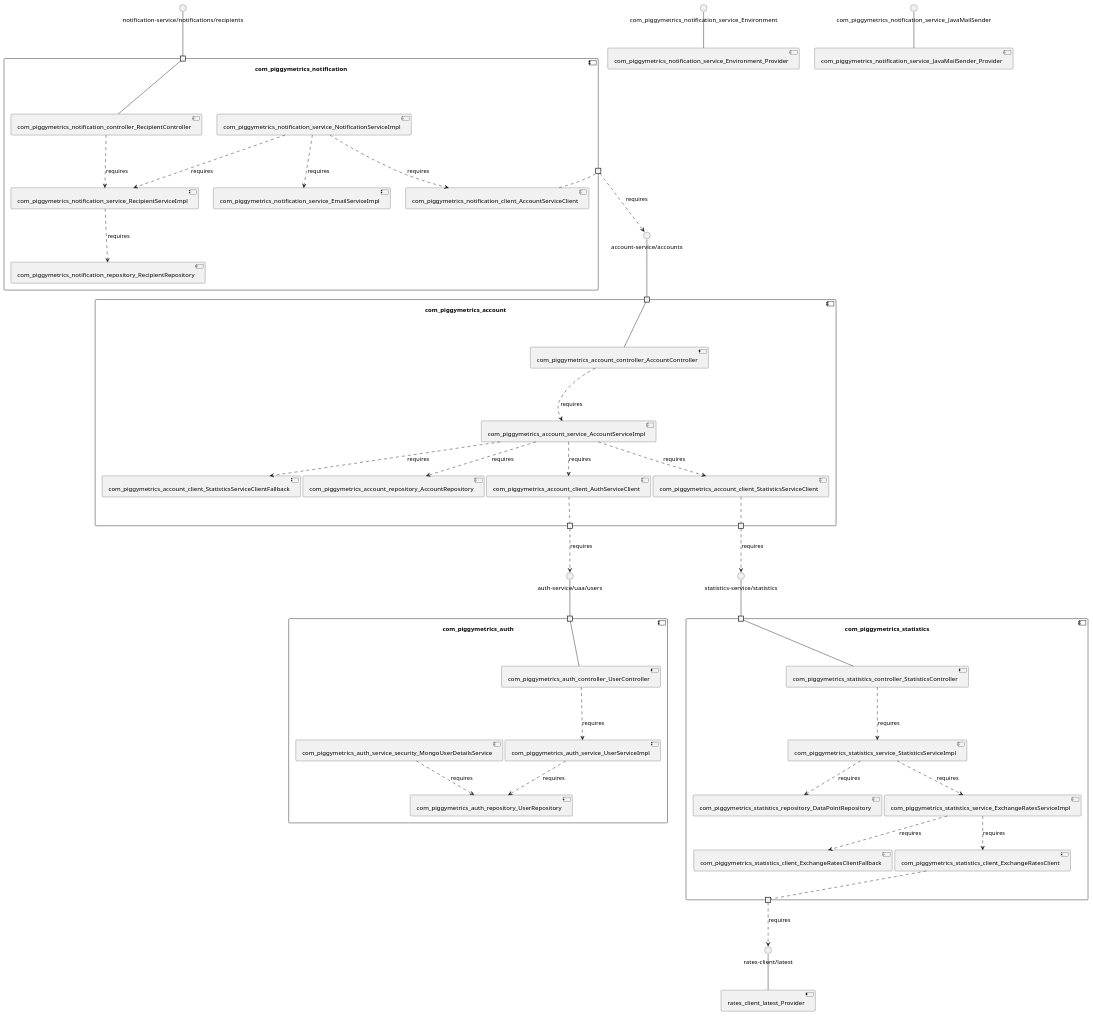
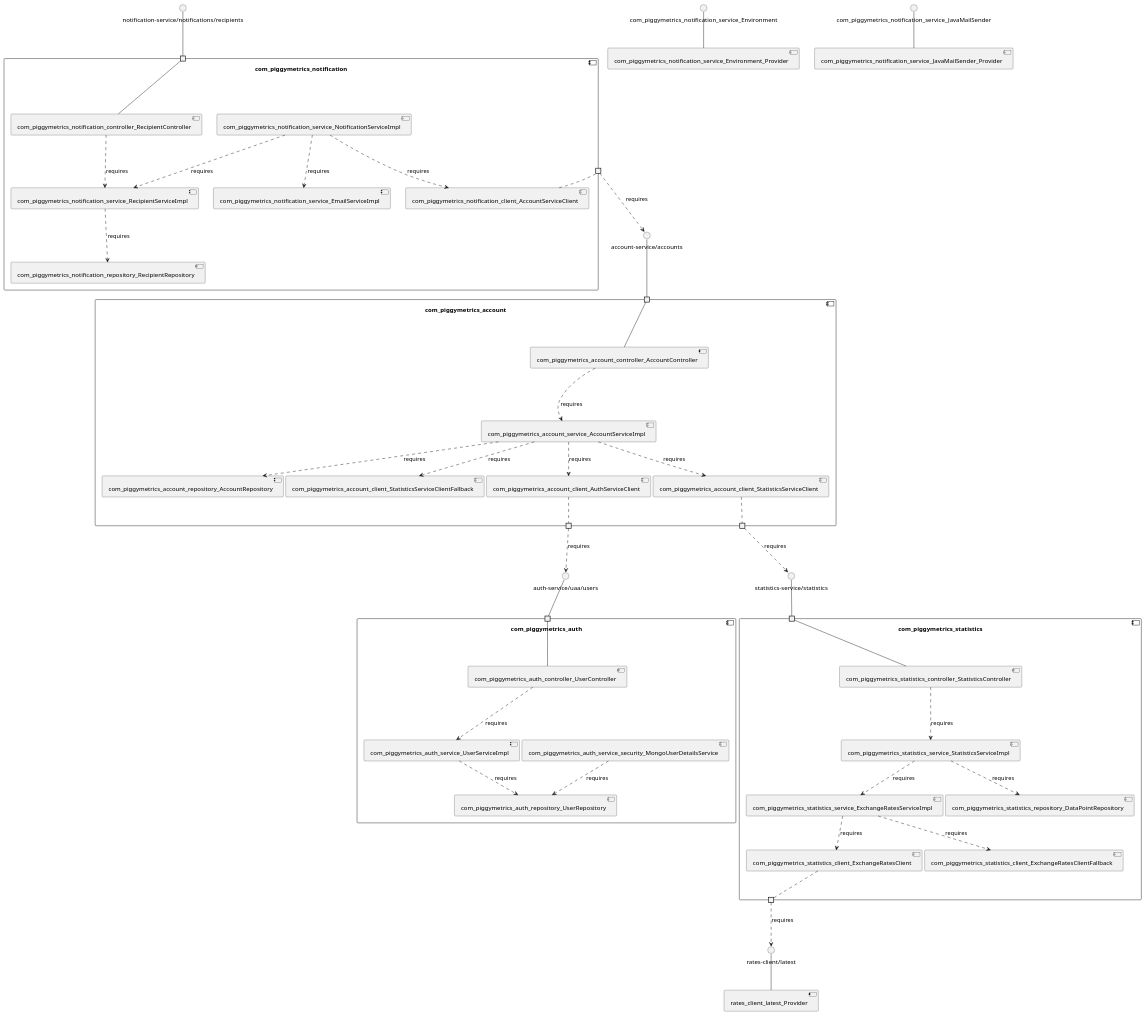
Before and after one commit to MSt-10/Palladio-ReverseEngineering-Benchmark: the diagram in sqshq-piggymetrics/model_re/uml/componentDiagram.puml, drawn with PlantUML. The commit also changed other lines of this file and 282 other files, not shown here.

```diff
--- a/sqshq-piggymetrics/model_re/uml/componentDiagram.puml
+++ b/sqshq-piggymetrics/model_re/uml/componentDiagram.puml
@@ -1,91 +1,91 @@
 @startuml
 skinparam fixCircleLabelOverlapping true
 skinparam componentStyle uml2
 component "com_piggymetrics_account\n\n\n\n\n\n" {
 [com_piggymetrics_account_client_StatisticsServiceClient]
+[com_piggymetrics_account_client_AuthServiceClient]
+[com_piggymetrics_account_repository_AccountRepository]
 [com_piggymetrics_account_client_StatisticsServiceClientFallback]
 [com_piggymetrics_account_controller_AccountController]
-[com_piggymetrics_account_repository_AccountRepository]
-[com_piggymetrics_account_client_AuthServiceClient]
 [com_piggymetrics_account_service_AccountServiceImpl]
 portin " " as com_piggymetrics_account_requires_account_service_accounts
 portout " " as com_piggymetrics_account_provides_auth_service_uaa_users
 portout " " as com_piggymetrics_account_provides_statistics_service_statistics
-[com_piggymetrics_account_controller_AccountController]..>[com_piggymetrics_account_service_AccountServiceImpl] : requires
 [com_piggymetrics_account_service_AccountServiceImpl]..>[com_piggymetrics_account_client_StatisticsServiceClient] : requires
 [com_piggymetrics_account_service_AccountServiceImpl]..>[com_piggymetrics_account_client_AuthServiceClient] : requires
+[com_piggymetrics_account_service_AccountServiceImpl]..>[com_piggymetrics_account_repository_AccountRepository] : requires
 [com_piggymetrics_account_service_AccountServiceImpl]..>[com_piggymetrics_account_client_StatisticsServiceClientFallback] : requires
-[com_piggymetrics_account_service_AccountServiceImpl]..>[com_piggymetrics_account_repository_AccountRepository] : requires
+[com_piggymetrics_account_controller_AccountController]..>[com_piggymetrics_account_service_AccountServiceImpl] : requires
 "com_piggymetrics_account_requires_account_service_accounts"--[com_piggymetrics_account_controller_AccountController]
 [com_piggymetrics_account_client_StatisticsServiceClient].."com_piggymetrics_account_provides_statistics_service_statistics"
 [com_piggymetrics_account_client_AuthServiceClient].."com_piggymetrics_account_provides_auth_service_uaa_users"
 }
 interface "account-service/accounts" as interface.account_service_accounts
 interface.account_service_accounts--"com_piggymetrics_account_requires_account_service_accounts"
 interface "auth-service/uaa/users" as interface.auth_service_uaa_users
 "com_piggymetrics_account_provides_auth_service_uaa_users"..>interface.auth_service_uaa_users : requires
 interface "statistics-service/statistics" as interface.statistics_service_statistics
 "com_piggymetrics_account_provides_statistics_service_statistics"..>interface.statistics_service_statistics : requires
 component "com_piggymetrics_auth\n\n\n\n\n\n" {
 [com_piggymetrics_auth_service_security_MongoUserDetailsService]
+[com_piggymetrics_auth_controller_UserController]
 [com_piggymetrics_auth_repository_UserRepository]
 [com_piggymetrics_auth_service_UserServiceImpl]
-[com_piggymetrics_auth_controller_UserController]
 portin " " as com_piggymetrics_auth_requires_auth_service_uaa_users
+[com_piggymetrics_auth_service_security_MongoUserDetailsService]..>[com_piggymetrics_auth_repository_UserRepository] : requires
 [com_piggymetrics_auth_service_UserServiceImpl]..>[com_piggymetrics_auth_repository_UserRepository] : requires
-[com_piggymetrics_auth_service_security_MongoUserDetailsService]..>[com_piggymetrics_auth_repository_UserRepository] : requires
 [com_piggymetrics_auth_controller_UserController]..>[com_piggymetrics_auth_service_UserServiceImpl] : requires
 "com_piggymetrics_auth_requires_auth_service_uaa_users"--[com_piggymetrics_auth_controller_UserController]
 }
 interface "auth-service/uaa/users" as interface.auth_service_uaa_users
 interface.auth_service_uaa_users--"com_piggymetrics_auth_requires_auth_service_uaa_users"
 component "com_piggymetrics_notification\n\n\n\n\n\n" {
+[com_piggymetrics_notification_service_EmailServiceImpl]
+[com_piggymetrics_notification_repository_RecipientRepository]
 [com_piggymetrics_notification_service_RecipientServiceImpl]
+[com_piggymetrics_notification_client_AccountServiceClient]
 [com_piggymetrics_notification_service_NotificationServiceImpl]
 [com_piggymetrics_notification_controller_RecipientController]
-[com_piggymetrics_notification_service_EmailServiceImpl]
-[com_piggymetrics_notification_repository_RecipientRepository]
-[com_piggymetrics_notification_client_AccountServiceClient]
 portin " " as com_piggymetrics_notification_requires_notification_service_notifications_recipients
 portout " " as com_piggymetrics_notification_provides_account_service_accounts
+[com_piggymetrics_notification_service_NotificationServiceImpl]..>[com_piggymetrics_notification_client_AccountServiceClient] : requires
+[com_piggymetrics_notification_service_NotificationServiceImpl]..>[com_piggymetrics_notification_service_EmailServiceImpl] : requires
 [com_piggymetrics_notification_service_NotificationServiceImpl]..>[com_piggymetrics_notification_service_RecipientServiceImpl] : requires
 [com_piggymetrics_notification_controller_RecipientController]..>[com_piggymetrics_notification_service_RecipientServiceImpl] : requires
-[com_piggymetrics_notification_service_NotificationServiceImpl]..>[com_piggymetrics_notification_service_EmailServiceImpl] : requires
 [com_piggymetrics_notification_service_RecipientServiceImpl]..>[com_piggymetrics_notification_repository_RecipientRepository] : requires
-[com_piggymetrics_notification_service_NotificationServiceImpl]..>[com_piggymetrics_notification_client_AccountServiceClient] : requires
 "com_piggymetrics_notification_requires_notification_service_notifications_recipients"--[com_piggymetrics_notification_controller_RecipientController]
 [com_piggymetrics_notification_client_AccountServiceClient].."com_piggymetrics_notification_provides_account_service_accounts"
 }
 interface "notification-service/notifications/recipients" as interface.notification_service_notifications_recipients
 interface.notification_service_notifications_recipients--"com_piggymetrics_notification_requires_notification_service_notifications_recipients"
 interface "account-service/accounts" as interface.account_service_accounts
 "com_piggymetrics_notification_provides_account_service_accounts"..>interface.account_service_accounts : requires
 component "com_piggymetrics_statistics\n\n\n\n\n\n" {
 [com_piggymetrics_statistics_client_ExchangeRatesClient]
 [com_piggymetrics_statistics_service_ExchangeRatesServiceImpl]
+[com_piggymetrics_statistics_controller_StatisticsController]
+[com_piggymetrics_statistics_service_StatisticsServiceImpl]
 [com_piggymetrics_statistics_client_ExchangeRatesClientFallback]
-[com_piggymetrics_statistics_service_StatisticsServiceImpl]
-[com_piggymetrics_statistics_controller_StatisticsController]
 [com_piggymetrics_statistics_repository_DataPointRepository]
 portin " " as com_piggymetrics_statistics_requires_statistics_service_statistics
 portout " " as com_piggymetrics_statistics_provides_rates_client_latest
 [com_piggymetrics_statistics_service_ExchangeRatesServiceImpl]..>[com_piggymetrics_statistics_client_ExchangeRatesClientFallback] : requires
 [com_piggymetrics_statistics_service_ExchangeRatesServiceImpl]..>[com_piggymetrics_statistics_client_ExchangeRatesClient] : requires
 [com_piggymetrics_statistics_controller_StatisticsController]..>[com_piggymetrics_statistics_service_StatisticsServiceImpl] : requires
 [com_piggymetrics_statistics_service_StatisticsServiceImpl]..>[com_piggymetrics_statistics_repository_DataPointRepository] : requires
 [com_piggymetrics_statistics_service_StatisticsServiceImpl]..>[com_piggymetrics_statistics_service_ExchangeRatesServiceImpl] : requires
 "com_piggymetrics_statistics_requires_statistics_service_statistics"--[com_piggymetrics_statistics_controller_StatisticsController]
 [com_piggymetrics_statistics_client_ExchangeRatesClient].."com_piggymetrics_statistics_provides_rates_client_latest"
 }
 interface "statistics-service/statistics" as interface.statistics_service_statistics
 interface.statistics_service_statistics--"com_piggymetrics_statistics_requires_statistics_service_statistics"
 interface "rates-client/latest" as interface.rates_client_latest
 "com_piggymetrics_statistics_provides_rates_client_latest"..>interface.rates_client_latest : requires
 interface "com_piggymetrics_notification_service_Environment" as interface.com_piggymetrics_notification_service_Environment
 interface.com_piggymetrics_notification_service_Environment--[com_piggymetrics_notification_service_Environment_Provider]
 interface "com_piggymetrics_notification_service_JavaMailSender" as interface.com_piggymetrics_notification_service_JavaMailSender
 interface.com_piggymetrics_notification_service_JavaMailSender--[com_piggymetrics_notification_service_JavaMailSender_Provider]
 interface "rates-client/latest" as interface.rates_client_latest
 interface.rates_client_latest--[rates_client_latest_Provider]
 
 @enduml
```
